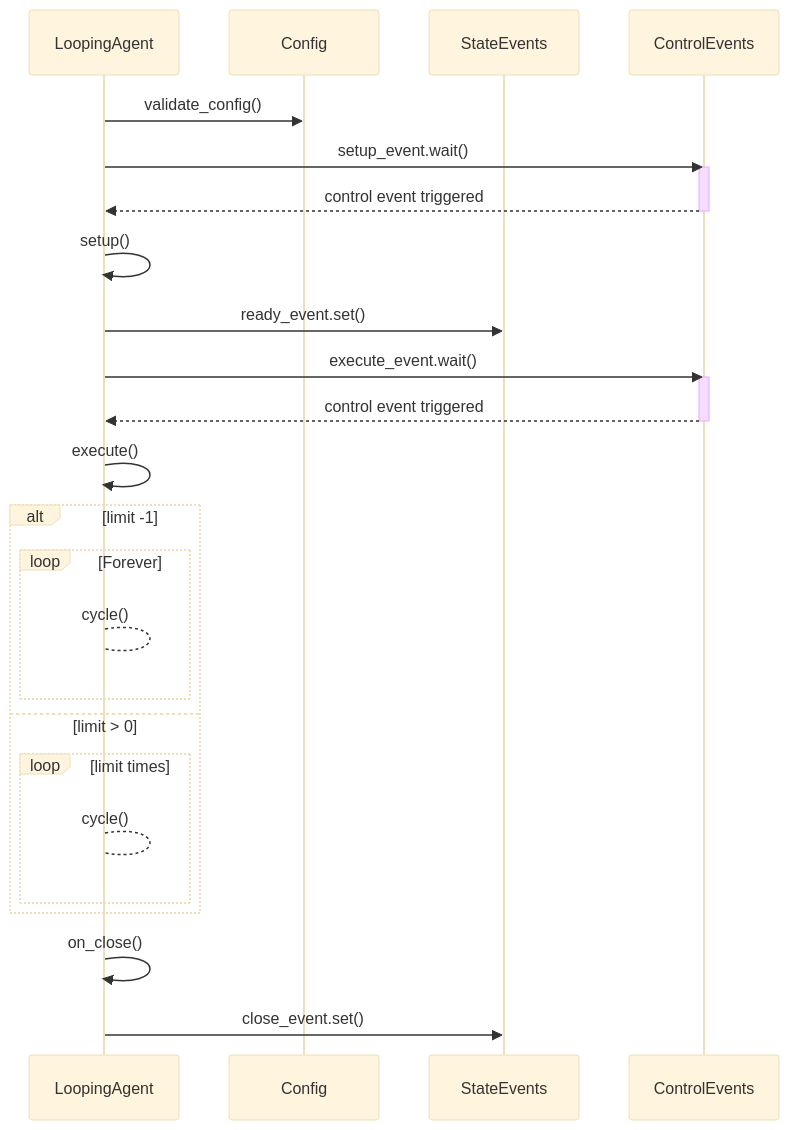
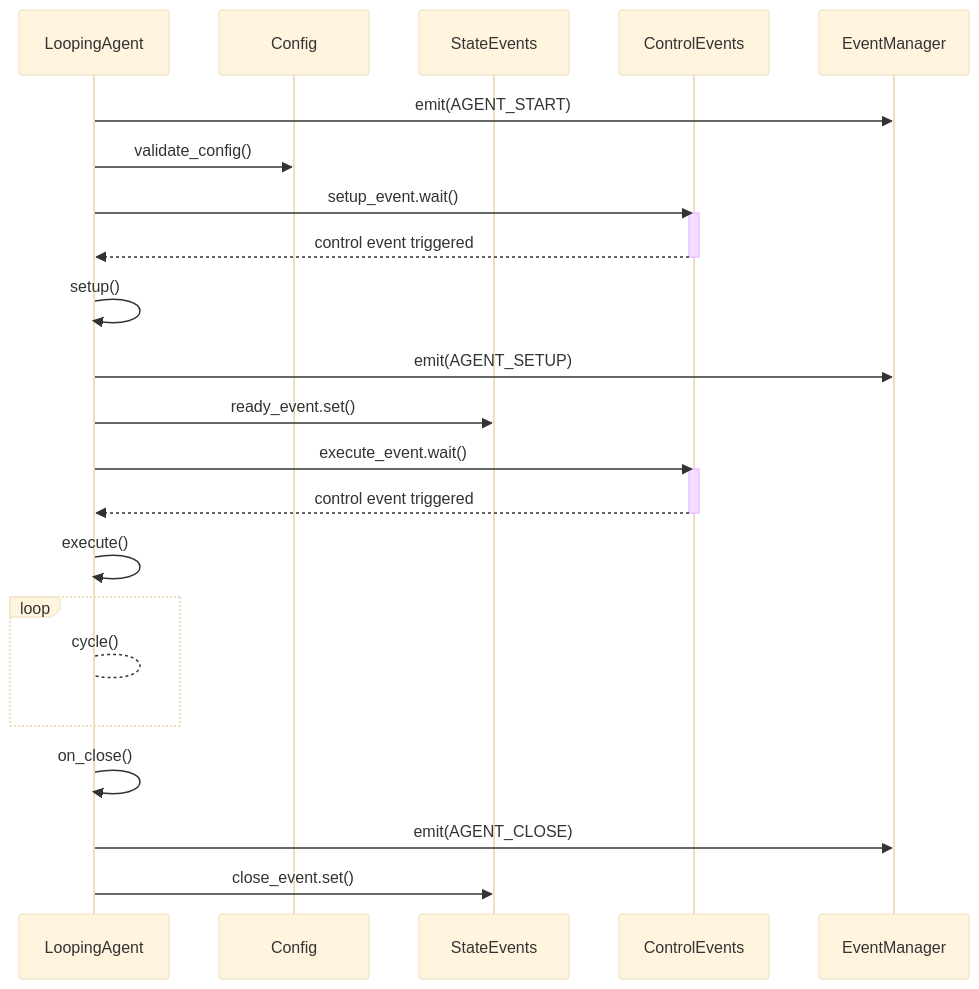
The second of 2 diagrams in docs/learn/agents/built-in-agents/loopingagent.md (giulio333/PyOrchestrateDocumentation), drawn with Mermaid (base theme) before and after one commit. The commit also changed other lines of this file and 7 other files, not shown here.

````diff
--- a/docs/learn/agents/built-in-agents/loopingagent.md
+++ b/docs/learn/agents/built-in-agents/loopingagent.md
@@ -48,32 +71,29 @@
 ```mermaid
 sequenceDiagram
     participant Agent as LoopingAgent
     participant Config as Config
     participant StateEvents as StateEvents
     participant ControlEvents as ControlEvents
+    participant EventManager as EventManager
 
+    Agent->>EventManager: emit(AGENT_START)
     Agent->>Config: validate_config()
     Agent->>ControlEvents: setup_event.wait()
     activate ControlEvents
     ControlEvents-->>Agent: control event triggered
     deactivate ControlEvents
     Agent->>Agent: setup()
+    Agent->>EventManager: emit(AGENT_SETUP)
     Agent->>StateEvents: ready_event.set()
     Agent->>ControlEvents: execute_event.wait()
     activate ControlEvents
     ControlEvents-->>Agent: control event triggered
     deactivate ControlEvents
     Agent->>Agent: execute()
-    alt limit -1
-    loop Forever
+    loop
         Agent-->Agent: cycle()
     end
-    else limit > 0
-    loop limit times
-        Agent-->Agent: cycle()
-    end
-    end
-
     Agent->>Agent: on_close()
+    Agent->>EventManager: emit(AGENT_CLOSE)
     Agent->>StateEvents: close_event.set()
 ```
````
